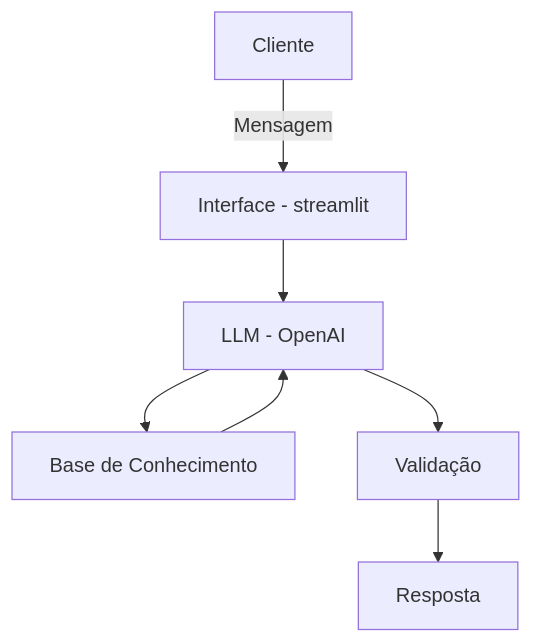
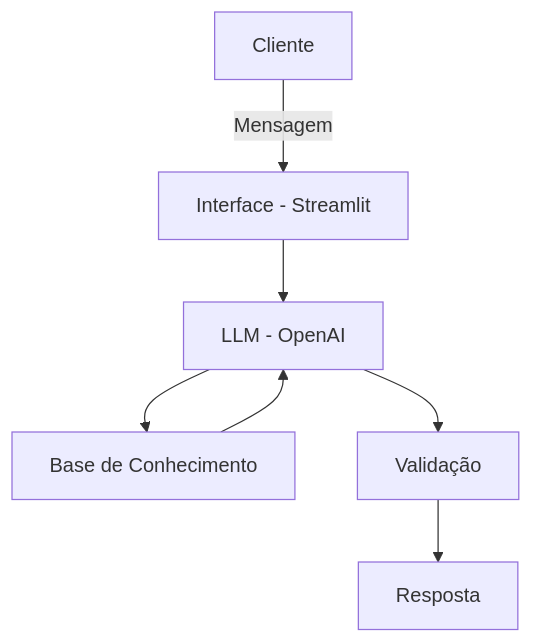
The diagram in docs/01-documentacao-agente.md (Maria-Apa/assistente_financeiro), drawn with Mermaid before and after one commit.

````diff
--- a/docs/01-documentacao-agente.md
+++ b/docs/01-documentacao-agente.md
@@ -50,9 +50,9 @@
 ```mermaid
 flowchart TD
-    A[Cliente] -->|Mensagem| B[Interface - streamlit]
+    A[Cliente] -->|Mensagem| B[Interface - Streamlit]
     B --> C[LLM - OpenAI]
     C --> D[Base de Conhecimento]
     D --> C
     C --> E[Validação]
     E --> F[Resposta]
 ```
````
